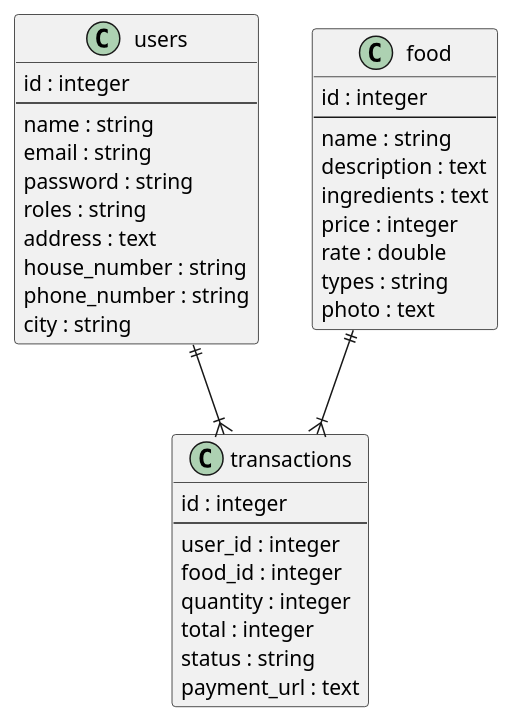
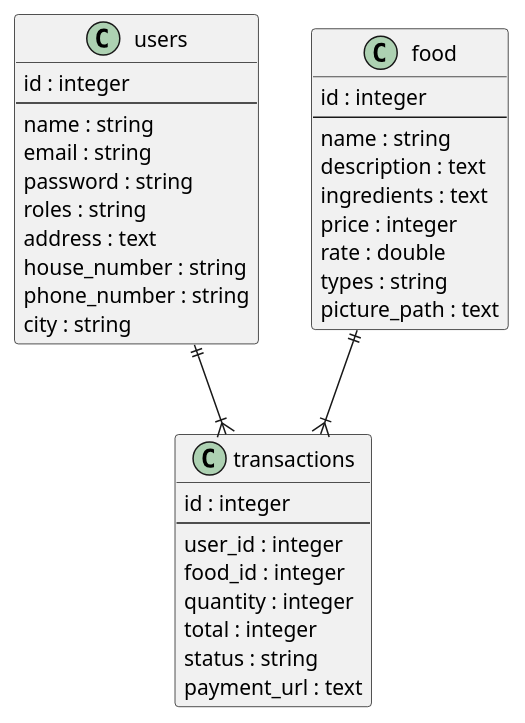
Before and after one commit to abuabdirohman4/laravel-8-foodmartket-api: the diagram in database/schema/erd.puml, drawn with PlantUML. The commit also changed 3 other files, not shown here.

```diff
--- a/database/schema/erd.puml
+++ b/database/schema/erd.puml
@@ -1,38 +1,38 @@
 class users {
     id : integer
     --
     name : string
     email : string
     password : string
     roles : string
     address : text
     house_number : string
     phone_number : string
     city : string
 }
 
 class food {
     id : integer
     --
     name : string
     description : text
     ingredients : text
     price : integer
     rate : double
     types : string
-    photo : text
+    picture_path : text
 }
 
 class transactions {
     id : integer
     --
     user_id : integer
     food_id : integer
     quantity : integer
     total : integer
     status : string
     payment_url : text
 }
 
 users ||--|{ transactions
 food ||--|{ transactions
```
